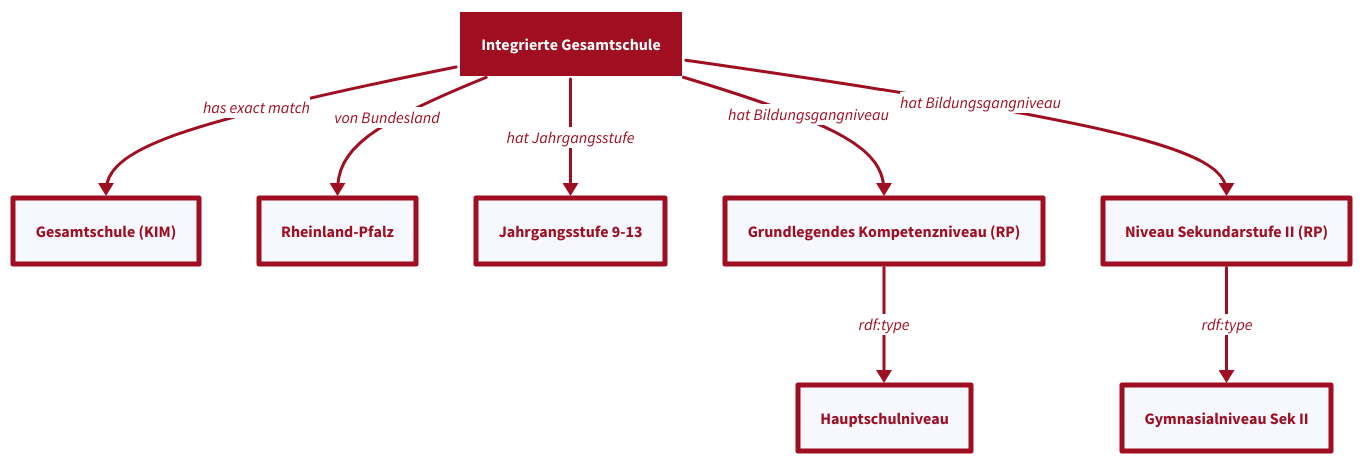
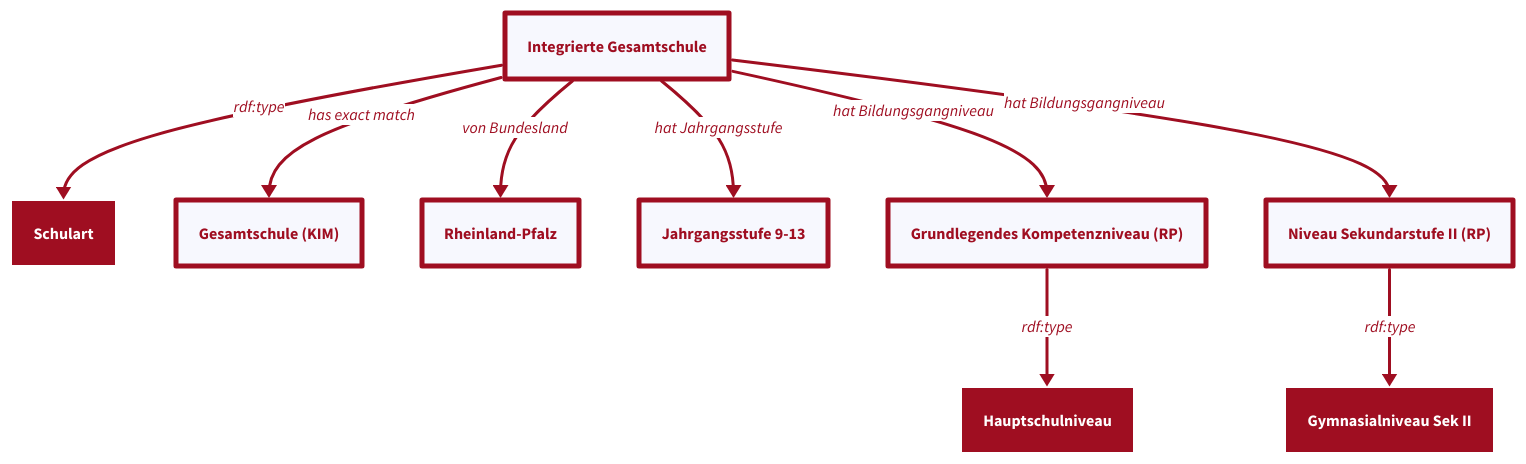
The fifth of 8 diagrams in docs/patterns.md (FWU-DE/lehrplan-ontologie), drawn with D2 before and after one commit. The commit also changed other lines of this file and 4 other files, not shown here.

````diff
--- a/docs/patterns.md
+++ b/docs/patterns.md
@@ -289,4 +453,13 @@
 ```d2
+
+Schulart: {
+  style: {
+    font-color: white
+    opacity: 1
+    fill: "#9F0E21"
+    stroke: white
+  }
+}
 
 Gesamtschule (KIM): {
   style: {
@@ -314,10 +487,9 @@
 
 Integrierte Gesamtschule: {
   style: {
-    font-color: white
-    opacity: 1
-    fill: "#9F0E21"
-    stroke: white
+    stroke: "#9F0E21"
+    stroke-width: 5
+    font-color: "#9F0E21"
   }
 }
 
@@ -331,9 +503,10 @@
 
 Hauptschulniveau: {
   style: {
-    stroke: "#9F0E21"
-    stroke-width: 5
-    font-color: "#9F0E21"
+    font-color: white
+    opacity: 1
+    fill: "#9F0E21"
+    stroke: white
   }
 }
 
@@ -347,8 +520,17 @@
 
 Gymnasialniveau Sek II: {
   style: {
+    font-color: white
+    opacity: 1
+    fill: "#9F0E21"
+    stroke: white
+  }
+}
+
+Integrierte Gesamtschule -> Schulart: rdf:type {
+  style: {
     stroke: "#9F0E21"
-    stroke-width: 5
+    stroke-width: 3
     font-color: "#9F0E21"
   }
 }
````
